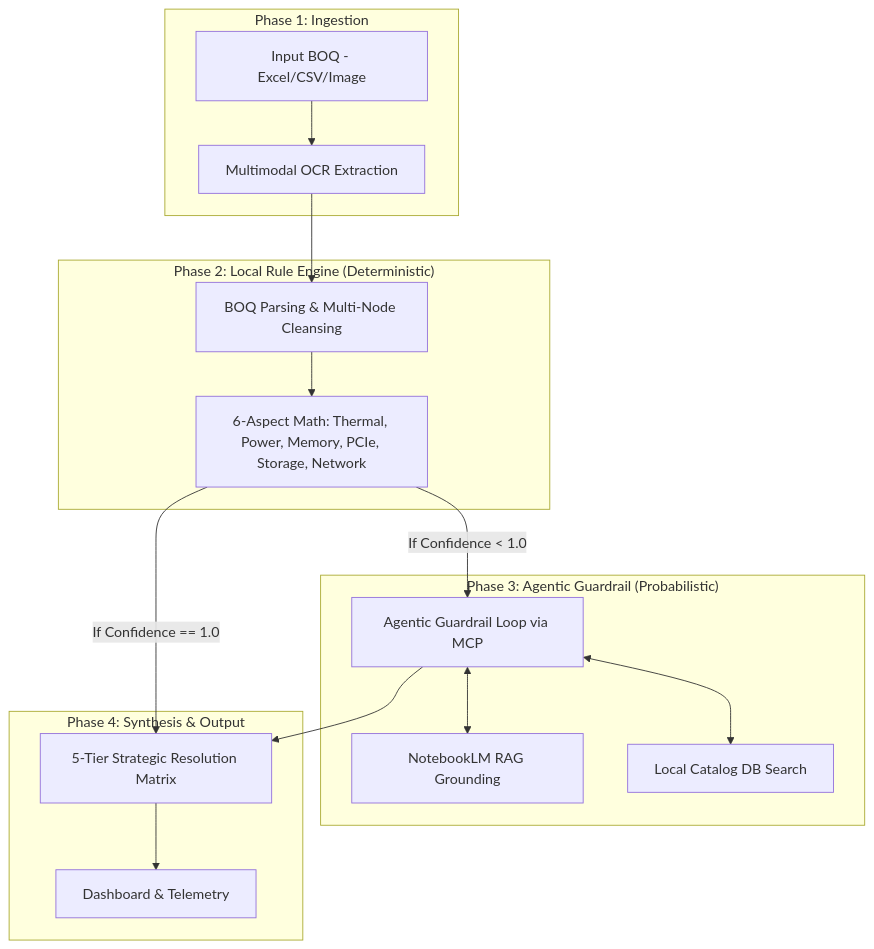
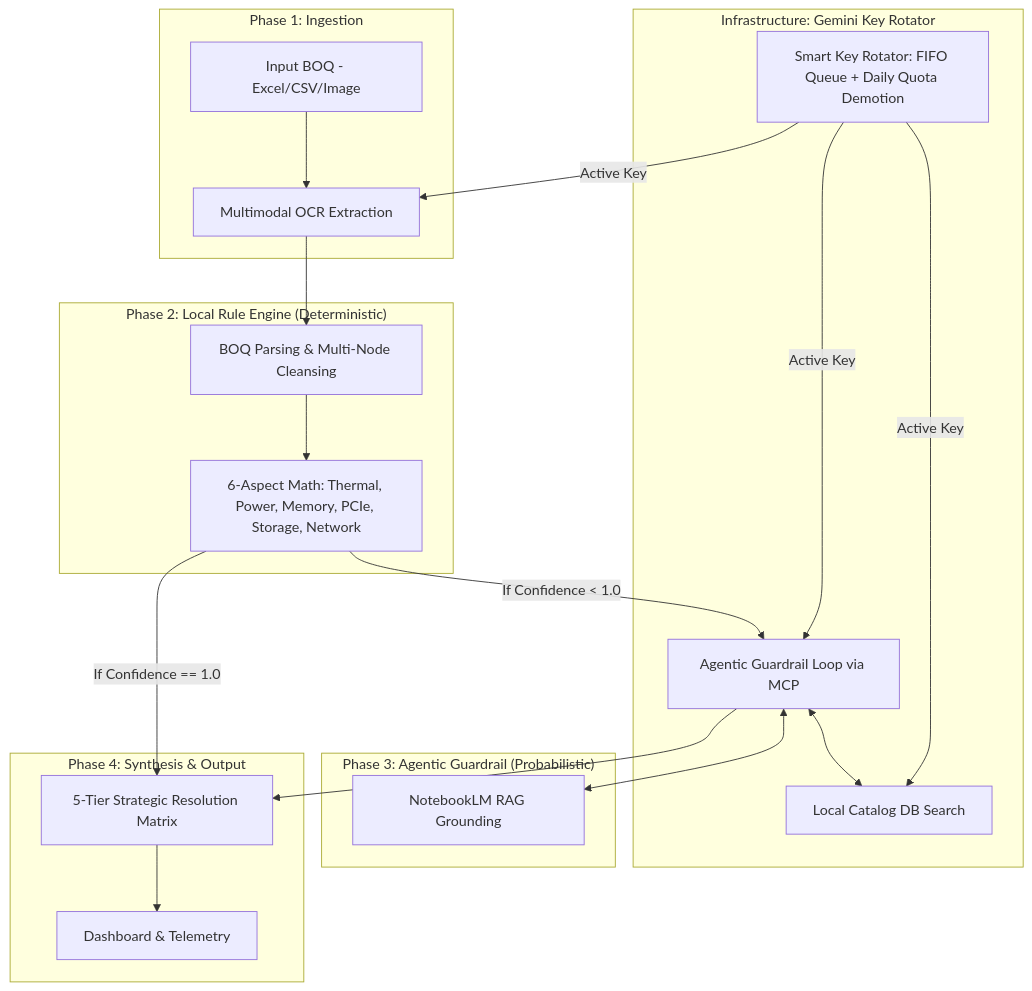
Before and after one commit to vinodhsubramanian123/updatedVendorScrapingNotebook-v2: the diagram in docs/ARCHITECTURE_AND_DESIGN.md, drawn with Mermaid. The commit also changed other lines of this file and 20 other files, not shown here.

First line of the commit message:
feat(ai): implement smart FIFO Gemini API key rotator with daily quota demotion & auto-restoration

````diff
--- a/docs/ARCHITECTURE_AND_DESIGN.md
+++ b/docs/ARCHITECTURE_AND_DESIGN.md
@@ -6,20 +6,25 @@
 ```mermaid
 graph TD
     subgraph "Phase 1: Ingestion"
         A[Input BOQ - Excel/CSV/Image] --> B[Multimodal OCR Extraction]
+    end
+    subgraph "Infrastructure: Gemini Key Rotator"
+        KR[Smart Key Rotator: FIFO Queue + Daily Quota Demotion] -->|Active Key| B
+        KR -->|Active Key| E[Agentic Guardrail Loop via MCP]
+        KR -->|Active Key| G[Local Catalog DB Search]
     end
     subgraph "Phase 2: Local Rule Engine (Deterministic)"
         B --> C[BOQ Parsing & Multi-Node Cleansing]
         C --> D[6-Aspect Math: Thermal, Power, Memory, PCIe, Storage, Network]
     end
     subgraph "Phase 3: Agentic Guardrail (Probabilistic)"
-        D -->|If Confidence < 1.0| E[Agentic Guardrail Loop via MCP]
+        D -->|If Confidence < 1.0| E
         E <--> F[NotebookLM RAG Grounding]
-        E <--> G[Local Catalog DB Search]
+        E <--> G
     end
     subgraph "Phase 4: Synthesis & Output"
         E --> H[5-Tier Strategic Resolution Matrix]
         D -->|If Confidence == 1.0| H
         H --> I[Dashboard & Telemetry]
     end
 ```
````
